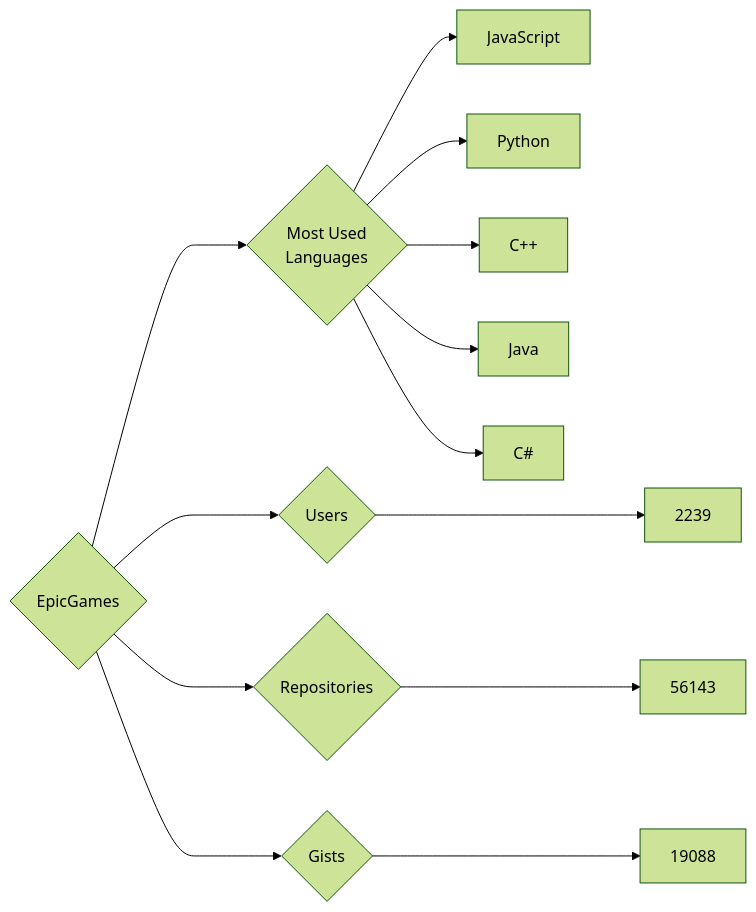
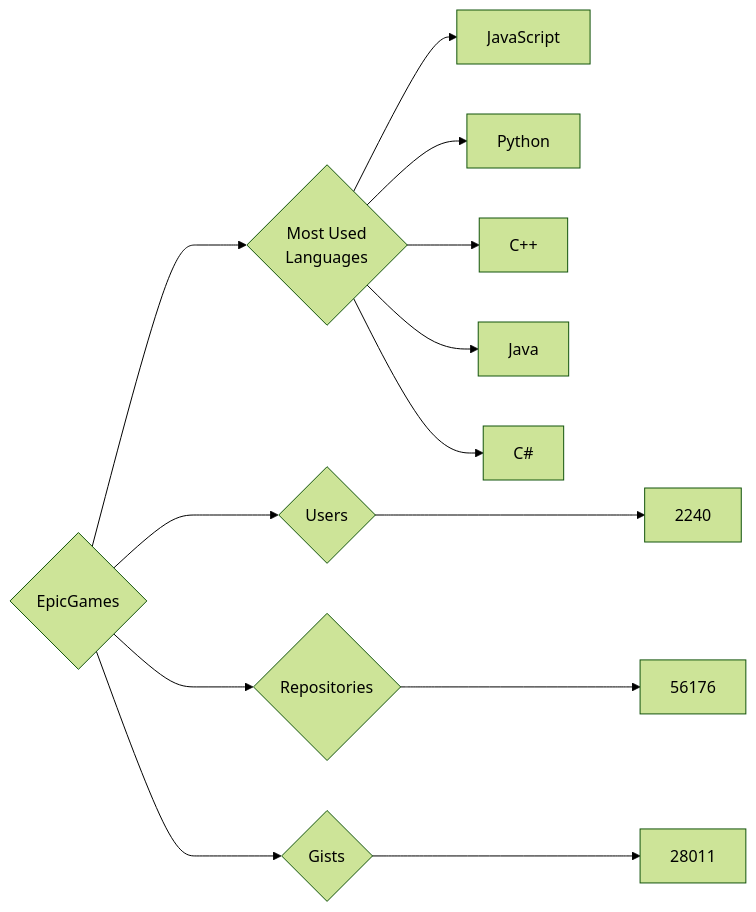
The diagram in targets/EpicGames/README.md (trickest/insiders), drawn with Mermaid (forest theme) before and after one commit. The commit also changed 715 other files, not shown here.

````diff
--- a/targets/EpicGames/README.md
+++ b/targets/EpicGames/README.md
@@ -3,13 +3,13 @@
 ```mermaid
 graph LR
 COMPANY_NAME{EpicGames}
-COMPANY_NAME ---> U{Users} ---> UN[2239]
-COMPANY_NAME ---> R{Repositories} ---> RN[56143]
-COMPANY_NAME ---> G{Gists} ---> GN[19088]
+COMPANY_NAME ---> U{Users} ---> UN[2240]
+COMPANY_NAME ---> R{Repositories} ---> RN[56176]
+COMPANY_NAME ---> G{Gists} ---> GN[28011]
 COMPANY_NAME ---> ML{Most Used<br>Languages}
 ML --> JavaScript[JavaScript]
 ML --> Python[Python]
 ML --> C++[C++]
 ML --> Java[Java]
 ML --> C#[C#]
 ```
````
